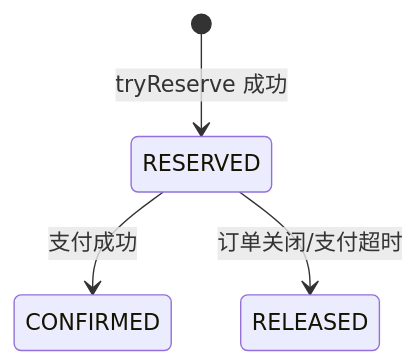
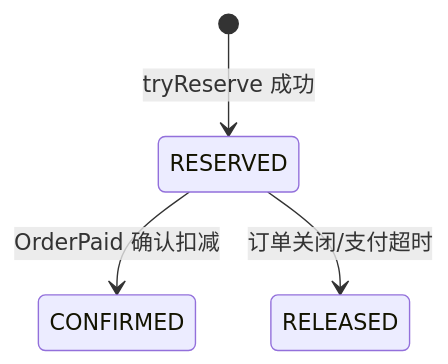
Before and after one commit to yinshihaogithub/framework-boot-starter: the fourth of 20 diagrams in docs/ORDER_FINAL_CONSISTENCY_DESIGN.md, drawn with Mermaid. The commit also changed other lines of this file, not shown here.

````diff
--- a/docs/ORDER_FINAL_CONSISTENCY_DESIGN.md
+++ b/docs/ORDER_FINAL_CONSISTENCY_DESIGN.md
@@ -164,6 +168,6 @@
 ```mermaid
 stateDiagram-v2
   [*] --> RESERVED: tryReserve 成功
-  RESERVED --> CONFIRMED: 支付成功
+  RESERVED --> CONFIRMED: OrderPaid 确认扣减
   RESERVED --> RELEASED: 订单关闭/支付超时
 ```
````
